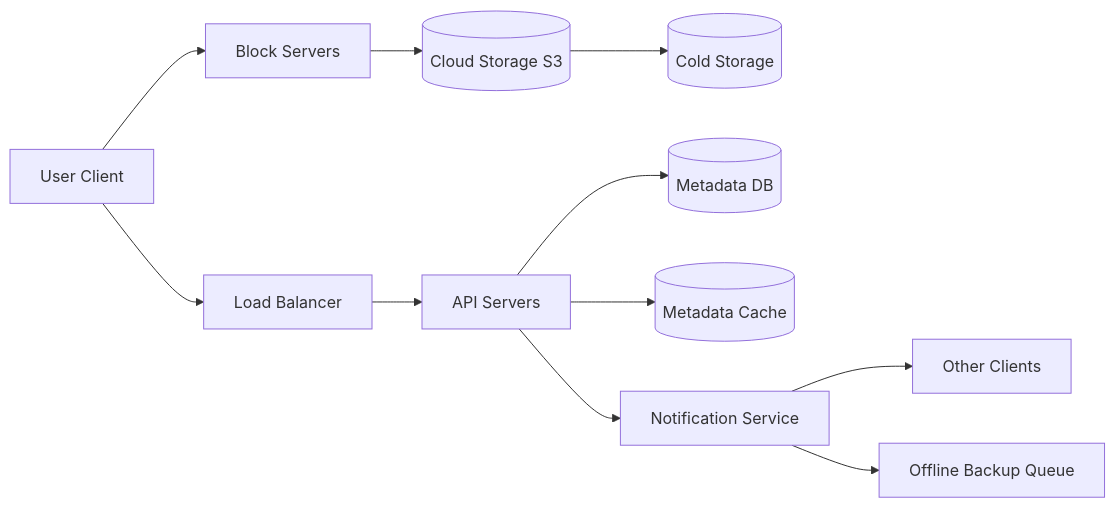
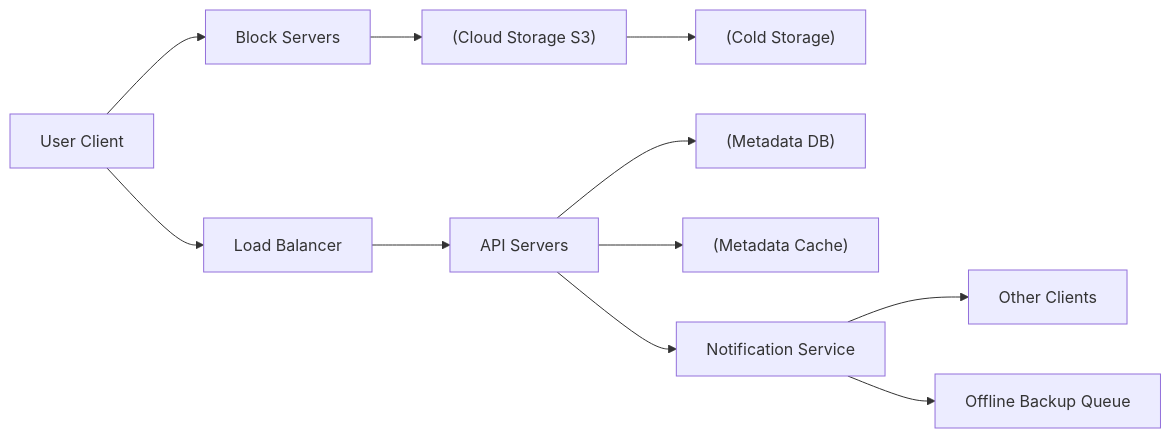
Before and after one commit to pankajThakur1874/studysheet: the first of 3 diagrams in files/Book-System-Design-Vol-1/15-design-google-drive.md, drawn with Mermaid. The commit also changed other lines of this file and 102 other files, not shown here.

Commit message:
Auto-fix Mermaid diagram syntax across all study guides to prevent Syntax Error in Mermaid v10

````diff
--- a/files/Book-System-Design-Vol-1/15-design-google-drive.md
+++ b/files/Book-System-Design-Vol-1/15-design-google-drive.md
@@ -71,13 +71,13 @@
 ```mermaid
 flowchart LR
     U[User Client] --> LB[Load Balancer]
     LB --> API[API Servers]
     U --> BS[Block Servers]
-    BS --> CS[(Cloud Storage S3)]
-    CS --> Cold[(Cold Storage)]
-    API --> MDB[(Metadata DB)]
-    API --> MC[(Metadata Cache)]
+    BS --> CS["(Cloud Storage S3)"]
+    CS --> Cold["(Cold Storage)"]
+    API --> MDB["(Metadata DB)"]
+    API --> MC["(Metadata Cache)"]
     API --> NS[Notification Service]
     NS --> U2[Other Clients]
     NS --> OBQ[Offline Backup Queue]
 ```
````
